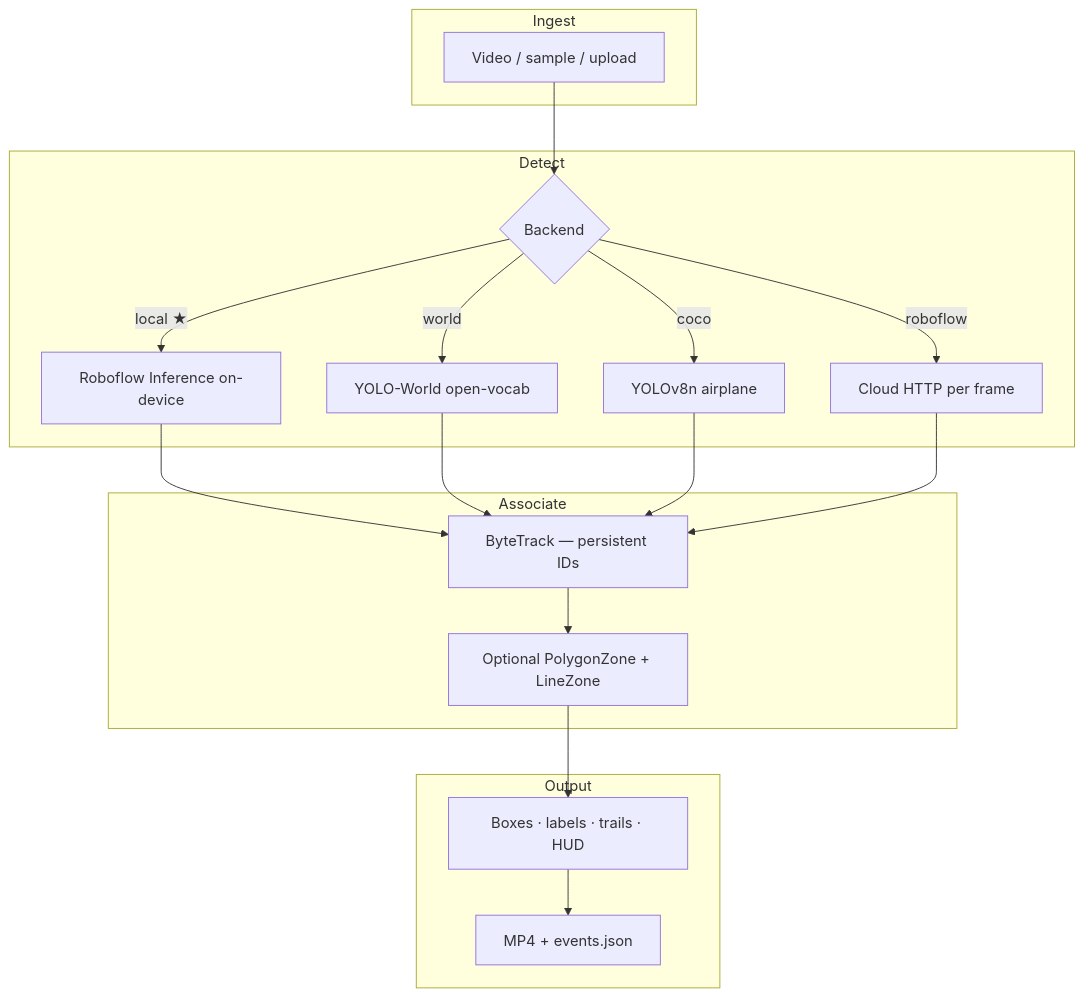
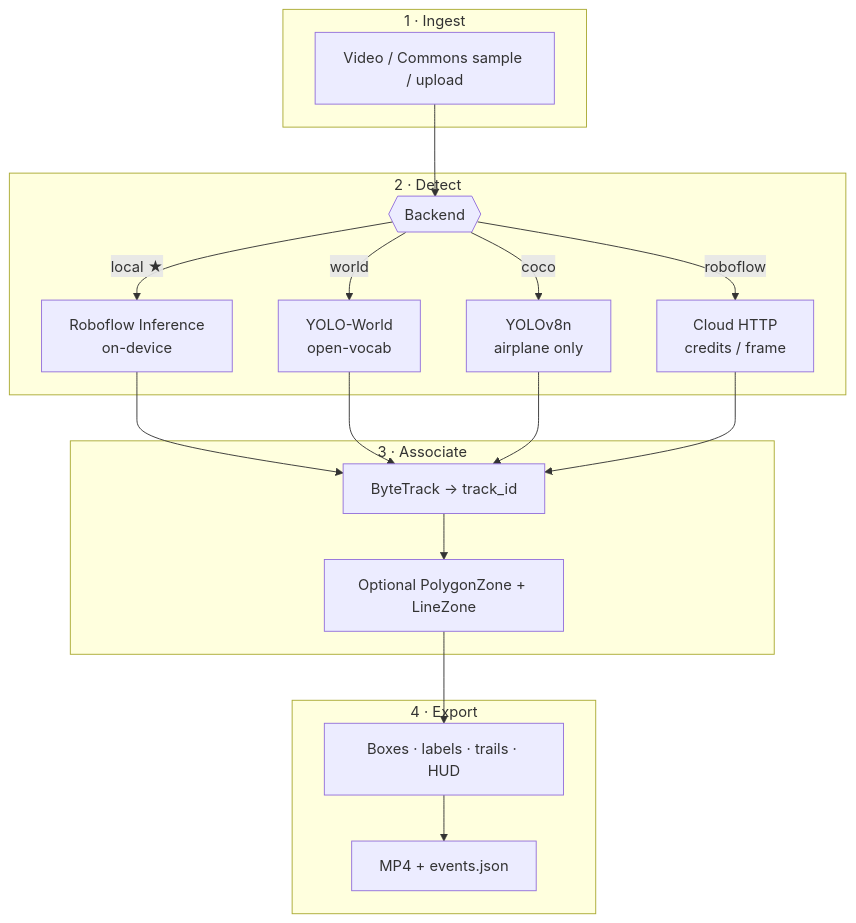
Before and after one commit to amafjarkasi/skytrace: the diagram in README.md, drawn with Mermaid. The commit also changed other lines of this file, not shown here.

````diff
--- a/README.md
+++ b/README.md
@@ -103,27 +156,27 @@
 ```mermaid
 flowchart TB
-  subgraph Ingest
-    V[Video / sample / upload]
+  subgraph Ingest["1 · Ingest"]
+    V["Video / Commons sample / upload"]
   end
-  subgraph Detect
-    B{Backend}
-    B -->|local ★| L[Roboflow Inference on-device]
-    B -->|world| W[YOLO-World open-vocab]
-    B -->|coco| C[YOLOv8n airplane]
-    B -->|roboflow| R[Cloud HTTP per frame]
+  subgraph Detect["2 · Detect"]
+    B{{Backend}}
+    B -->|"local ★"| L["Roboflow Inference<br/>on-device"]
+    B -->|world| W["YOLO-World<br/>open-vocab"]
+    B -->|coco| C["YOLOv8n<br/>airplane only"]
+    B -->|roboflow| R["Cloud HTTP<br/>credits / frame"]
   end
-  subgraph Associate
-    T[ByteTrack — persistent IDs]
-    Z[Optional PolygonZone + LineZone]
+  subgraph Track["3 · Associate"]
+    T["ByteTrack → track_id"]
+    Z["Optional PolygonZone + LineZone"]
   end
-  subgraph Output
-    A[Boxes · labels · trails · HUD]
-    E[MP4 + events.json]
+  subgraph Out["4 · Export"]
+    A["Boxes · labels · trails · HUD"]
+    E["MP4 + events.json"]
   end
   V --> B
   L --> T
   W --> T
   C --> T
   R --> T
   T --> Z --> A --> E
 ```
````
